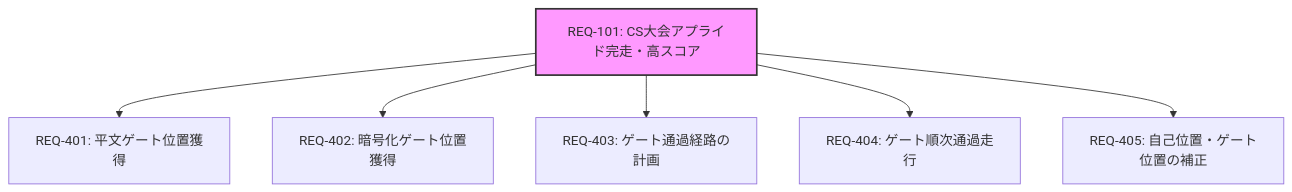
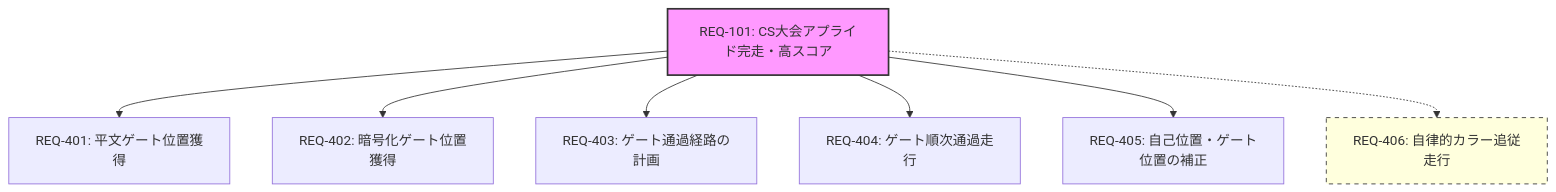
One commit to darts-cloud/note changed the diagram in content/06_etrobokon2026_agy/要求モデル/01_目標.md. Above: the diagram before and after it, drawn with Mermaid. The commit also changed other lines of this file and 7 other files, not shown here.

````diff
--- a/content/06_etrobokon2026_agy/要求モデル/01_目標.md
+++ b/content/06_etrobokon2026_agy/要求モデル/01_目標.md
@@ -38,10 +38,12 @@
 ```mermaid
 graph TD
     REQ-101[REQ-101: CS大会アプライド完走・高スコア] --> REQ-401[REQ-401: 平文ゲート位置獲得]
     REQ-101 --> REQ-402[REQ-402: 暗号化ゲート位置獲得]
     REQ-101 --> REQ-403[REQ-403: ゲート通過経路の計画]
     REQ-101 --> REQ-404[REQ-404: ゲート順次通過走行]
     REQ-101 --> REQ-405[REQ-405: 自己位置・ゲート位置の補正]
+    REQ-101 -.-> REQ-406[REQ-406: 自律的カラー追従走行]
 
     style REQ-101 fill:#f9f,stroke:#333,stroke-width:2px
+    style REQ-406 fill:#ffd,stroke:#333,stroke-dasharray: 5 5
 ```
````
